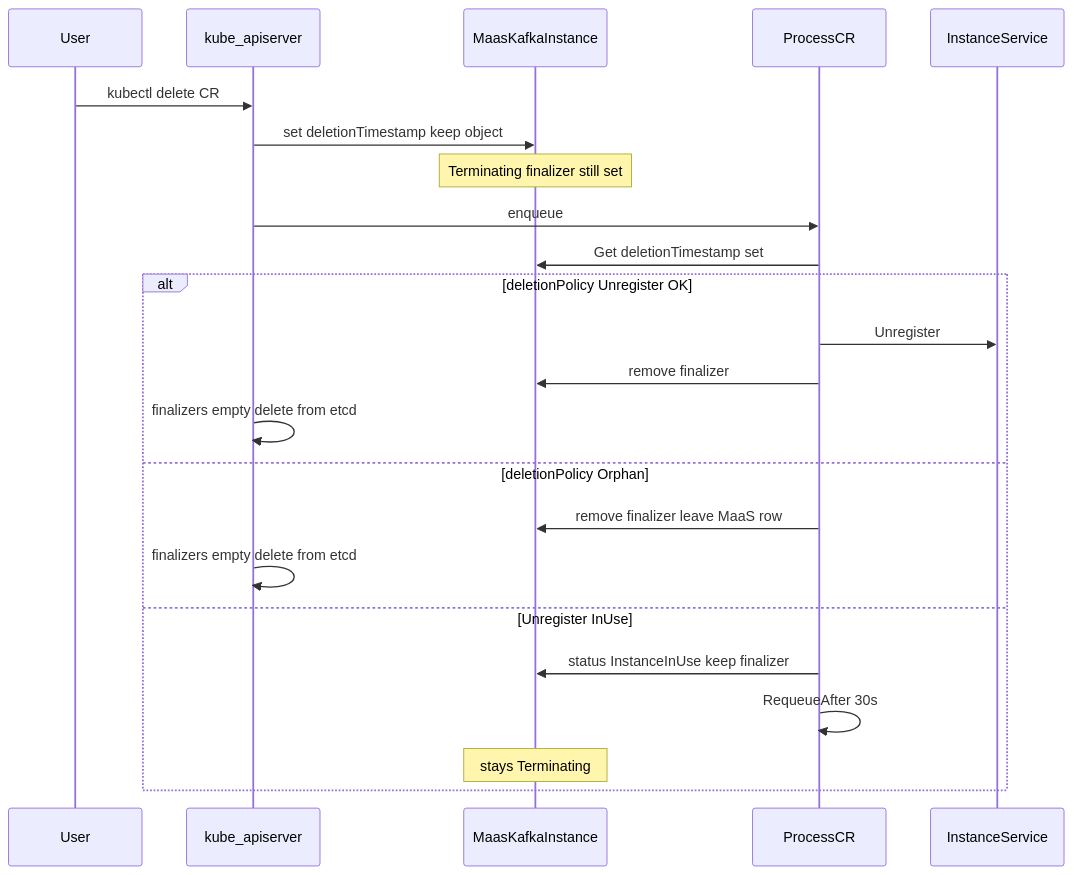
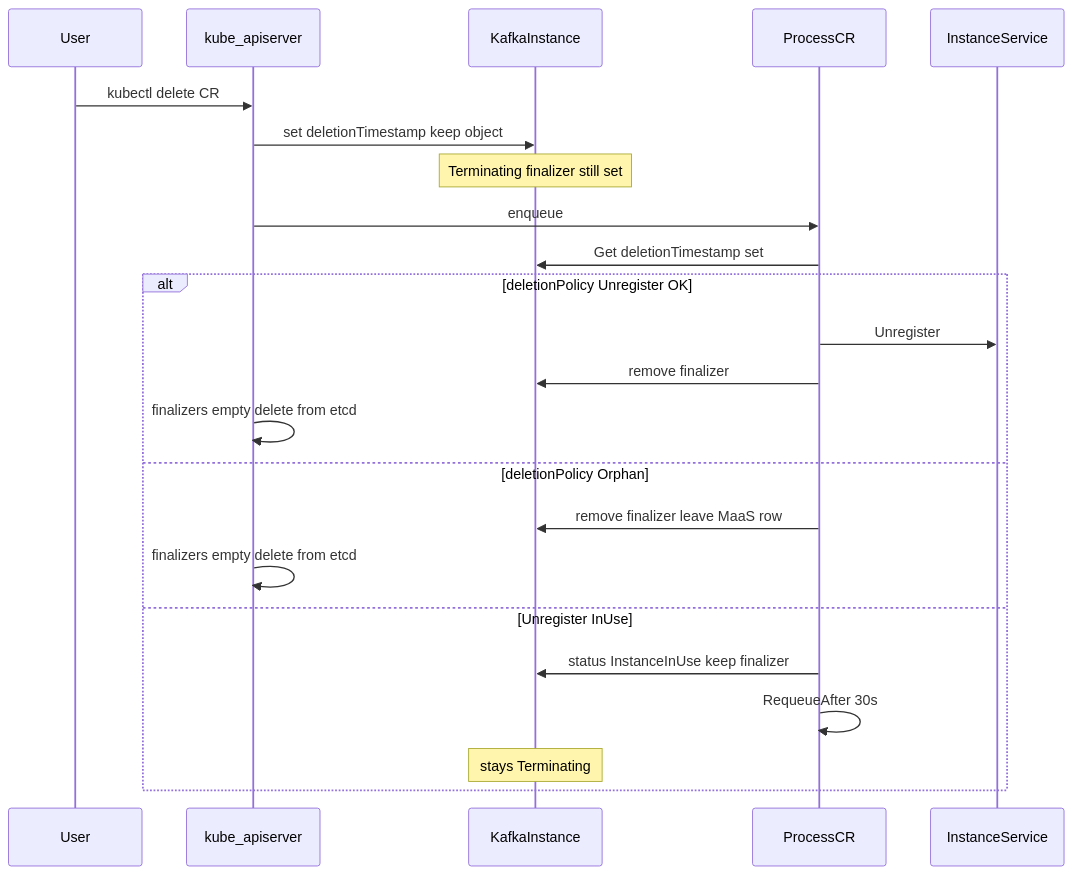
Before and after one commit to Netcracker/qubership-maas: diagram 14 of 16 in docs/operator_design.md, drawn with Mermaid. The commit also changed other lines of this file and 3 other files, not shown here.

````diff
--- a/docs/operator_design.md
+++ b/docs/operator_design.md
@@ -1273,25 +1294,25 @@
 ```mermaid
 sequenceDiagram
   participant User
   participant API as kube_apiserver
-  participant CR as MaasKafkaInstance
+  participant CR as KafkaInstance
   participant Pod as ProcessCR
   participant Svc as InstanceService
   User->>API: kubectl delete CR
   API->>CR: set deletionTimestamp keep object
   Note over CR: Terminating finalizer still set
   API->>Pod: enqueue
   Pod->>CR: Get deletionTimestamp set
   alt deletionPolicy Unregister OK
     Pod->>Svc: Unregister
     Pod->>CR: remove finalizer
     API->>API: finalizers empty delete from etcd
   else deletionPolicy Orphan
     Pod->>CR: remove finalizer leave MaaS row
     API->>API: finalizers empty delete from etcd
   else Unregister InUse
     Pod->>CR: status InstanceInUse keep finalizer
     Pod->>Pod: RequeueAfter 30s
     Note over CR: stays Terminating
   end
 ```
````
